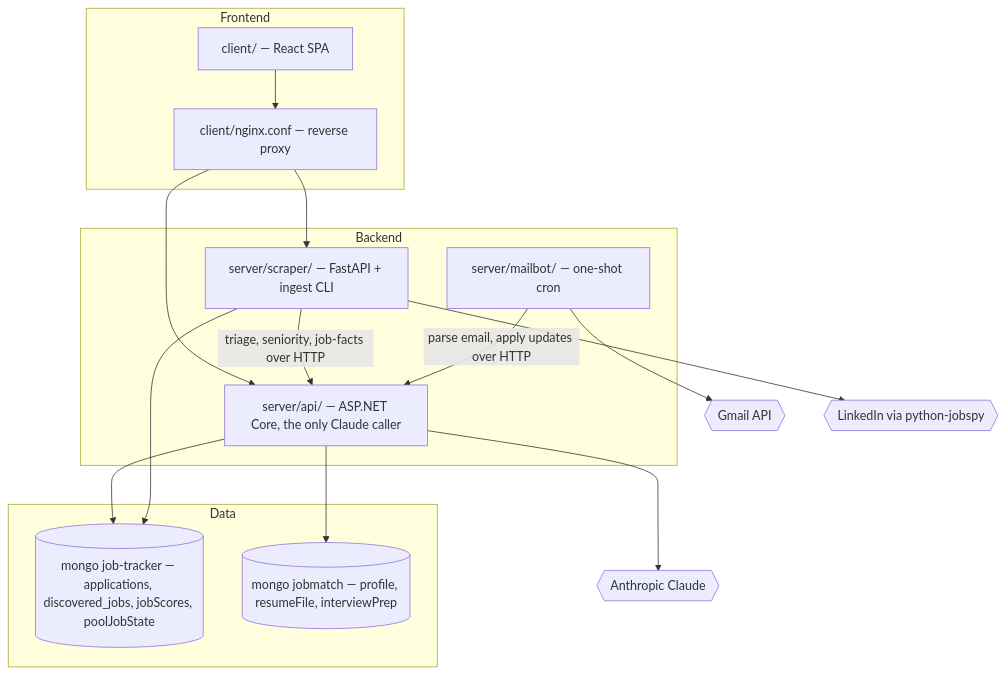
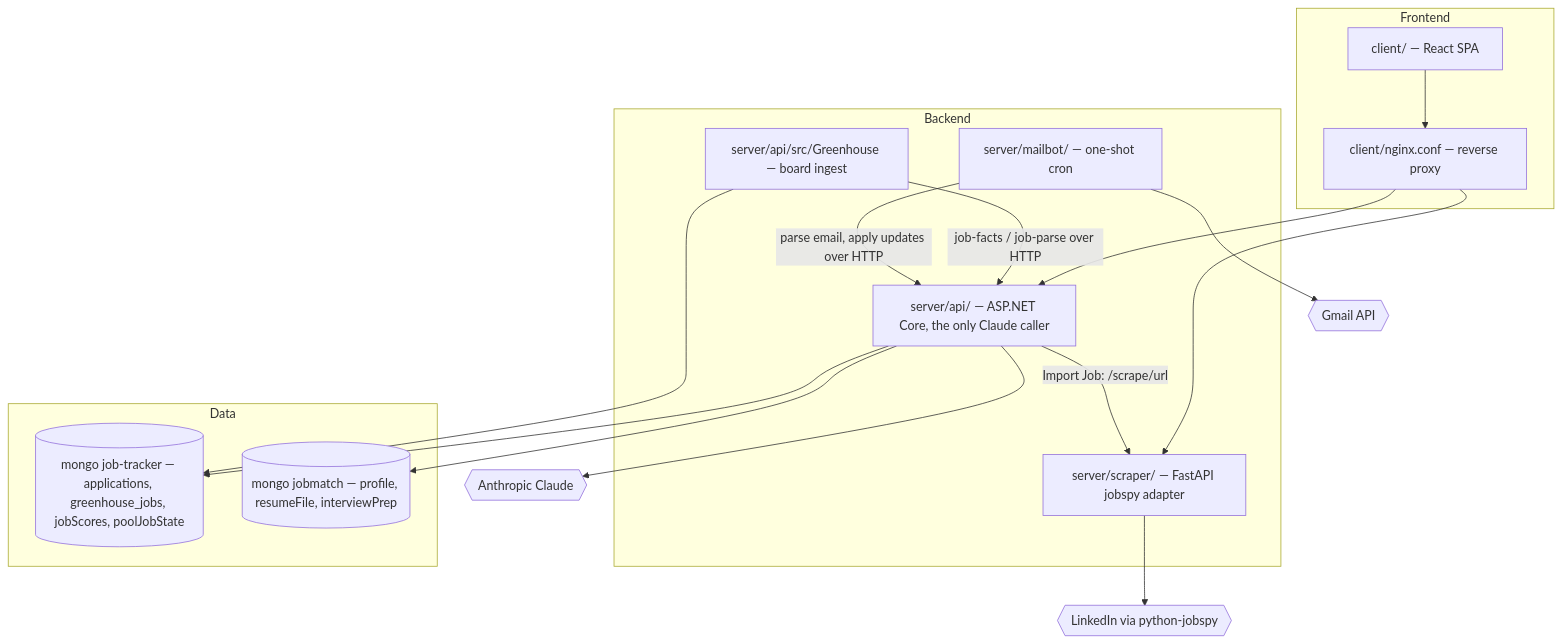
Before and after one commit to ozShpigel/nextrole: the diagram in OVERVIEW.md, drawn with Mermaid. The commit also changed other lines of this file and 123 other files, not shown here.

````diff
--- a/OVERVIEW.md
+++ b/OVERVIEW.md
@@ -93,34 +92,36 @@
 ```mermaid
 graph TB
   subgraph Frontend
     Web["client/ — React SPA"]
     Nginx["client/nginx.conf — reverse proxy"]
   end
 
   subgraph Backend
     API["server/api/ — ASP.NET Core, the only Claude caller"]
-    Scraper["server/scraper/ — FastAPI + ingest CLI"]
+    Scraper["server/scraper/ — FastAPI jobspy adapter"]
+    Ingest["server/api/src/Greenhouse — board ingest"]
     Mailbot["server/mailbot/ — one-shot cron"]
   end
 
   subgraph Data
-    Tracker[("mongo job-tracker — applications, discovered_jobs, jobScores, poolJobState")]
+    Tracker[("mongo job-tracker — applications, greenhouse_jobs, jobScores, poolJobState")]
     Profile[("mongo jobmatch — profile, resumeFile, interviewPrep")]
   end
 
   Claude{{"Anthropic Claude"}}
   Gmail{{"Gmail API"}}
   LinkedIn{{"LinkedIn via python-jobspy"}}
 
   Web --> Nginx
   Nginx --> API
   Nginx --> Scraper
   API --> Claude
   API --> Tracker
   API --> Profile
   Scraper --> LinkedIn
-  Scraper -->|"triage, seniority, job-facts over HTTP"| API
-  Scraper --> Tracker
+  API -->|"Import Job: /scrape/url"| Scraper
+  Ingest -->|"job-facts / job-parse over HTTP"| API
+  Ingest --> Tracker
   Mailbot --> Gmail
   Mailbot -->|"parse email, apply updates over HTTP"| API
 ```
````
